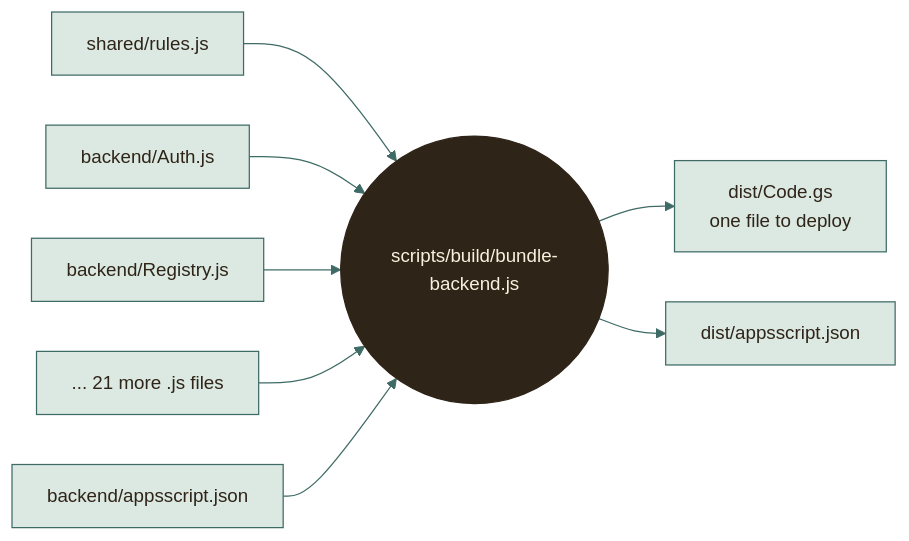
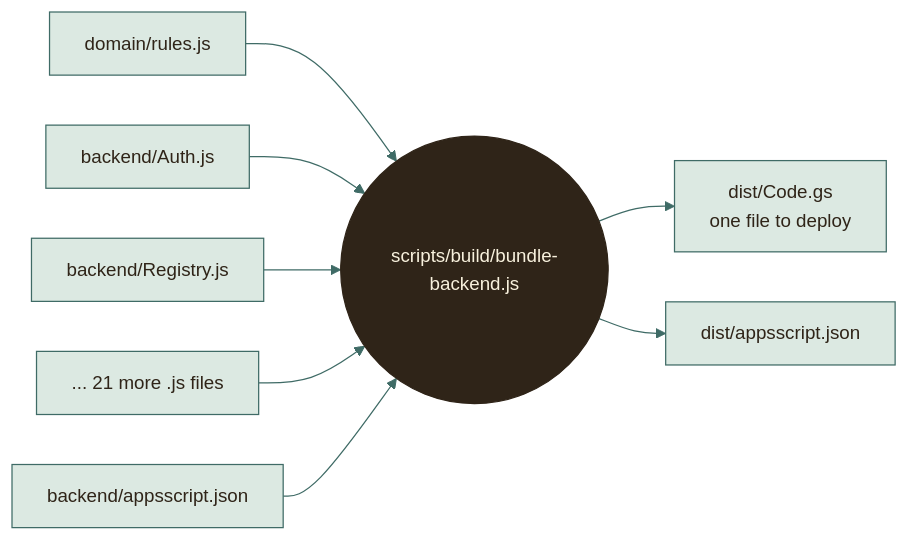
One commit to moyeh04/forms-platform changed the fourth of 9 diagrams in docs/architecture/WORKAROUNDS.md. Above: the diagram before and after it, drawn with Mermaid. The commit also changed other lines of this file and 69 other files, not shown here.

````diff
--- a/docs/architecture/WORKAROUNDS.md
+++ b/docs/architecture/WORKAROUNDS.md
@@ -235,40 +235,40 @@
 ```mermaid
 %%{init: {
   'theme': 'base',
   'themeVariables': {
     'fontFamily': 'ui-sans-serif, system-ui, -apple-system, Segoe UI, Roboto, sans-serif',
     'fontSize': '15px',
     'primaryColor': '#DCE9E2', 'primaryBorderColor': '#3F6B66', 'primaryTextColor': '#2F2418',
     'secondaryColor': '#F0E4C8', 'secondaryBorderColor': '#C9A24A', 'secondaryTextColor': '#2F2418',
     'tertiaryColor': '#F6EFDC', 'tertiaryBorderColor': '#CDBB94', 'tertiaryTextColor': '#2F2418',
     'lineColor': '#3F6B66', 'textColor': '#2F2418', 'mainBkg': '#DCE9E2', 'nodeBorder': '#3F6B66',
     'clusterBkg': '#F6EFDC', 'clusterBorder': '#CDBB94', 'titleColor': '#2F2418',
     'edgeLabelBackground': '#F8F1DD',
     'actorBkg': '#DCE9E2', 'actorBorder': '#3F6B66', 'actorTextColor': '#2F2418', 'actorLineColor': '#8FB3AB',
     'signalColor': '#477A73', 'signalTextColor': '#477A73',
     'labelBoxBkgColor': '#F0E4C8', 'labelBoxBorderColor': '#C9A24A', 'labelTextColor': '#2F2418', 'loopTextColor': '#6A5A44',
     'noteBkgColor': '#FBEFC9', 'noteBorderColor': '#C9A24A', 'noteTextColor': '#2F2418',
     'activationBkgColor': '#DCE9E2', 'activationBorderColor': '#3F6B66', 'sequenceNumberColor': '#F8F1DD',
     'transitionColor': '#3F6B66', 'stateLabelColor': '#2F2418', 'stateBkg': '#DCE9E2', 'altBackground': '#F6EFDC',
     'attributeBackgroundColorOdd': '#F8F1DD', 'attributeBackgroundColorEven': '#F0E4C8'
   },
   'flowchart': {'curve': 'basis', 'padding': 14, 'nodeSpacing': 40, 'rankSpacing': 46},
   'sequence': {'mirrorActors': false, 'messageMargin': 34, 'boxMargin': 8}
 }}%%
 flowchart LR
-    r["shared/rules.js"] --> bundle
+    r["domain/rules.js"] --> bundle
     b1["backend/Auth.js"] --> bundle
     b2["backend/Registry.js"] --> bundle
     b3["... 21 more .js files"] --> bundle
     bundle(("scripts/build/bundle-backend.js"))
     bundle --> out["dist/Code.gs<br/>one file to deploy"]
     manifest["backend/appsscript.json"] --> bundle
     bundle --> out2["dist/appsscript.json"]
     classDef cDb fill:#F3E2B3,stroke:#B8892D,stroke-width:1.5px,color:#2F2418
     classDef cActor fill:#F4D9D3,stroke:#9A3328,stroke-width:1.5px,color:#2F2418
     classDef cDec fill:#FBEFC9,stroke:#C9A24A,stroke-width:1.5px,color:#2F2418
     classDef cEnd fill:#2F2418,stroke:#2F2418,color:#F8F1DD
     classDef cErr fill:#F6D5CF,stroke:#A12B1F,stroke-width:1.5px,color:#5A140C
     classDef cOk fill:#BFD9CF,stroke:#2E5A55,stroke-width:1.5px,color:#17302D
     class bundle cEnd
 ```
````
